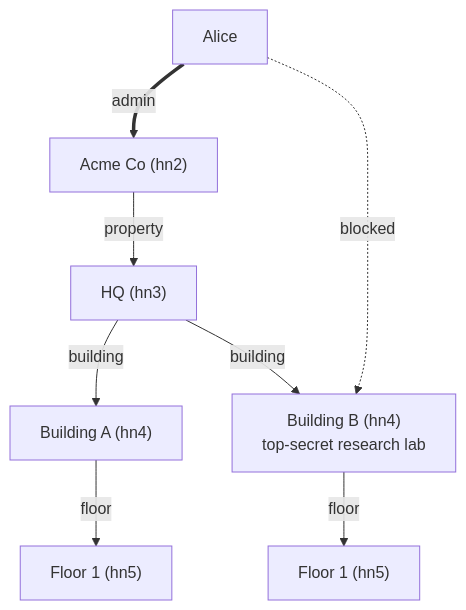
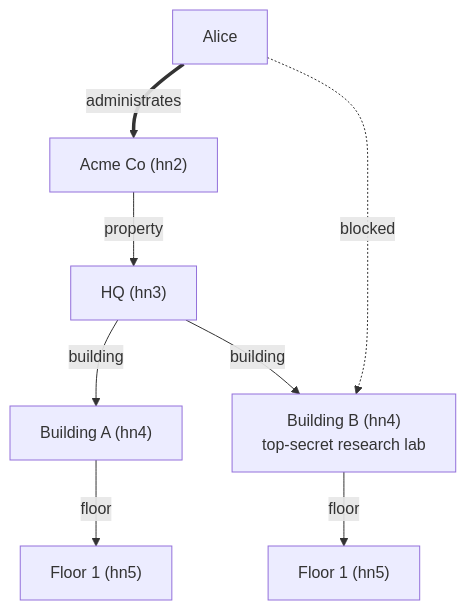
Before and after one commit to surt666/ems_rust: the diagram in docs/architecture.md, drawn with Mermaid. The commit also changed other lines of this file and 1 other file, not shown here.

First line of the commit message:
docs: spell out grant edge sk pattern (administrates|writes|reads)

````diff
--- a/docs/architecture.md
+++ b/docs/architecture.md
@@ -384,11 +410,11 @@
 ```mermaid
 graph TD
   C["Acme Co (hn2)"] -->|property| HQ["HQ (hn3)"]
   HQ -->|building| B1["Building A (hn4)"]
   HQ -->|building| B2["Building B (hn4)<br/>top-secret research lab"]
   B1 -->|floor| F1["Floor 1 (hn5)"]
   B2 -->|floor| F2["Floor 1 (hn5)"]
 
-  U["Alice"] ==>|admin| C
+  U["Alice"] ==>|administrates| C
   U -.->|blocked| B2
 ```
````
